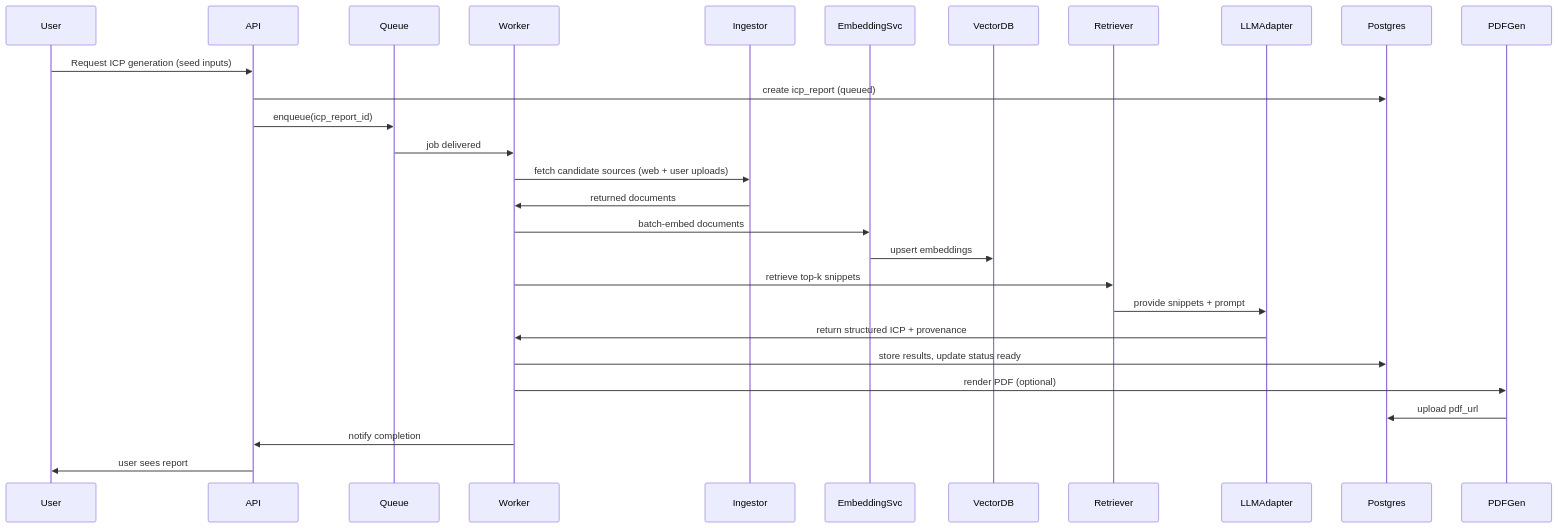
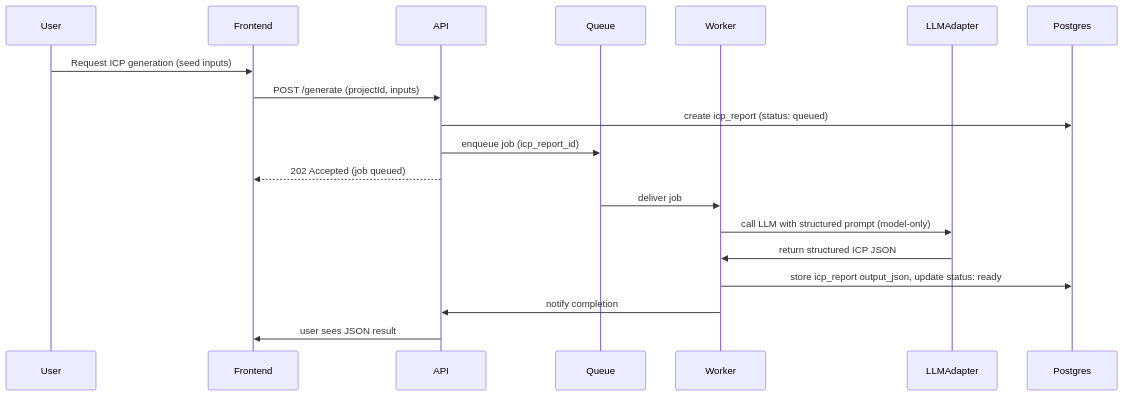
Before and after one commit to shrunSprint89/CustomerIntelApps: the first of 2 diagrams in docs/archDecisions/ml-pipeline.md, drawn with Mermaid. The commit also changed other lines of this file and 6 other files, not shown here.

````diff
--- a/docs/archDecisions/ml-pipeline.md
+++ b/docs/archDecisions/ml-pipeline.md
@@ -28,31 +27,22 @@
 ```mermaid
 sequenceDiagram
   participant U as User
+  participant F as Frontend
   participant A as API
   participant Q as Queue
   participant W as Worker
-  participant I as Ingestor
-  participant E as EmbeddingSvc
-  participant V as VectorDB
-  participant R as Retriever
   participant L as LLMAdapter
   participant S as Postgres
-  participant P as PDFGen
 
-  U->>A: Request ICP generation (seed inputs)
-  A->>S: create icp_report (queued)
-  A->>Q: enqueue(icp_report_id)
-  Q->>W: job delivered
-  W->>I: fetch candidate sources (web + user uploads)
-  I->>W: returned documents
-  W->>E: batch-embed documents
-  E->>V: upsert embeddings
-  W->>R: retrieve top-k snippets
-  R->>L: provide snippets + prompt
-  L->>W: return structured ICP + provenance
-  W->>S: store results, update status ready
-  W->>P: render PDF (optional)
-  P->>S: upload pdf_url
+  U->>F: Request ICP generation (seed inputs)
+  F->>A: POST /generate (projectId, inputs)
+  A->>S: create icp_report (status: queued)
+  A->>Q: enqueue job (icp_report_id)
+  A-->>F: 202 Accepted (job queued)
+  Q->>W: deliver job
+  W->>L: call LLM with structured prompt (model-only)
+  L->>W: return structured ICP JSON
+  W->>S: store icp_report output_json, update status: ready
   W->>A: notify completion
-  A->>U: user sees report
+  A->>F: user sees JSON result
 ```
````
